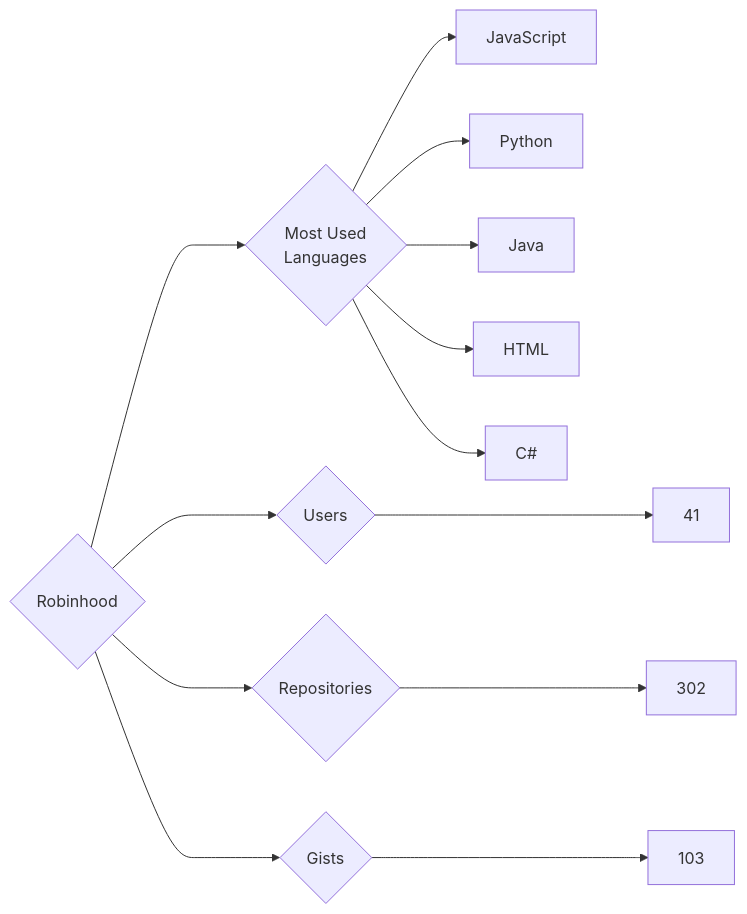
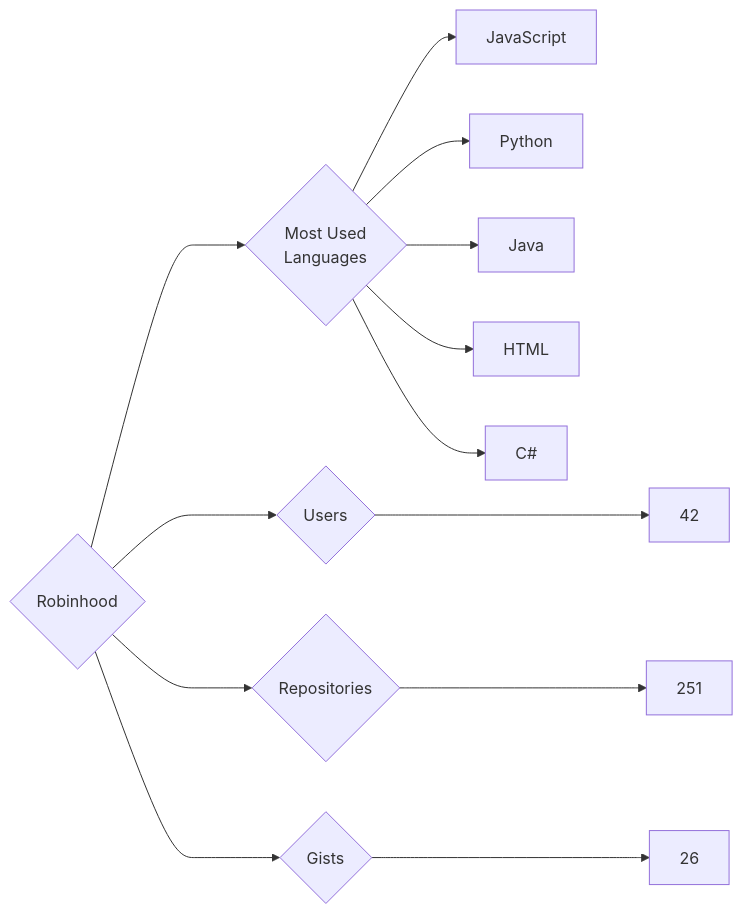
Before and after one commit to trickest/insiders: the diagram in targets/Robinhood/README.md, drawn with Mermaid. The commit also changed 939 other files, not shown here.

````diff
--- a/targets/Robinhood/README.md
+++ b/targets/Robinhood/README.md
@@ -3,13 +3,13 @@
 ```mermaid
 graph LR
 COMPANY_NAME{Robinhood}
-COMPANY_NAME ---> U{Users} ---> UN[41]
-COMPANY_NAME ---> R{Repositories} ---> RN[302]
-COMPANY_NAME ---> G{Gists} ---> GN[103]
+COMPANY_NAME ---> U{Users} ---> UN[42]
+COMPANY_NAME ---> R{Repositories} ---> RN[251]
+COMPANY_NAME ---> G{Gists} ---> GN[26]
 COMPANY_NAME ---> ML{Most Used<br>Languages}
 ML --> JavaScript[JavaScript]
 ML --> Python[Python]
 ML --> Java[Java]
 ML --> HTML[HTML]
 ML --> C#[C#]
 ```
````
